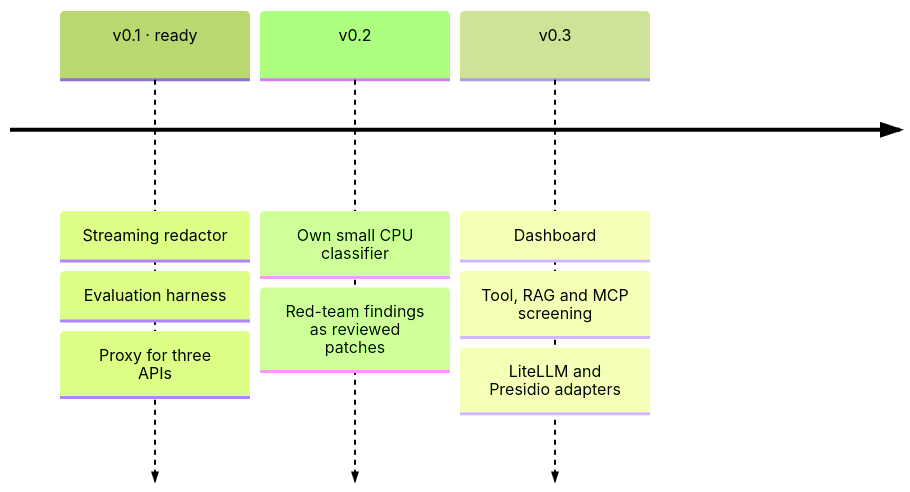
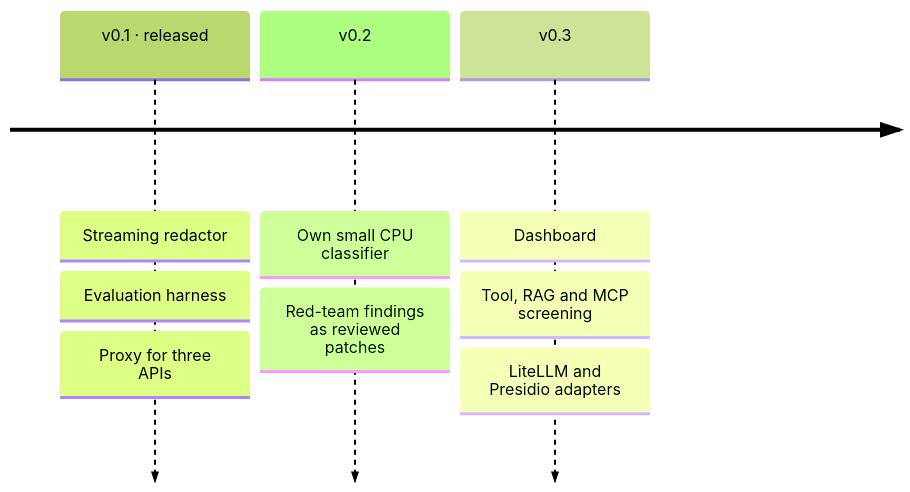
The second of 2 diagrams in README.md (gantrly/mobius-guard), drawn with Mermaid (forest theme) before and after one commit. The commit also changed other lines of this file and 9 other files, not shown here.

````diff
--- a/README.md
+++ b/README.md
@@ -146,6 +146,6 @@
 ```mermaid
 timeline
-    v0.1 · ready : Streaming redactor : Evaluation harness : Proxy for three APIs
+    v0.1 · released : Streaming redactor : Evaluation harness : Proxy for three APIs
     v0.2 : Own small CPU classifier : Red-team findings as reviewed patches
     v0.3 : Dashboard : Tool, RAG and MCP screening : LiteLLM and Presidio adapters
 ```
````
